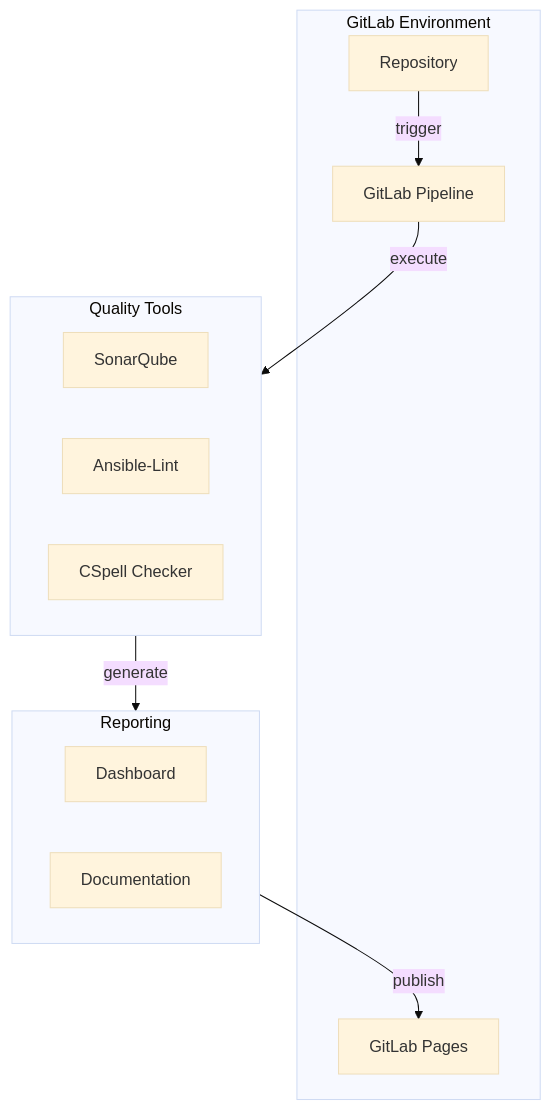
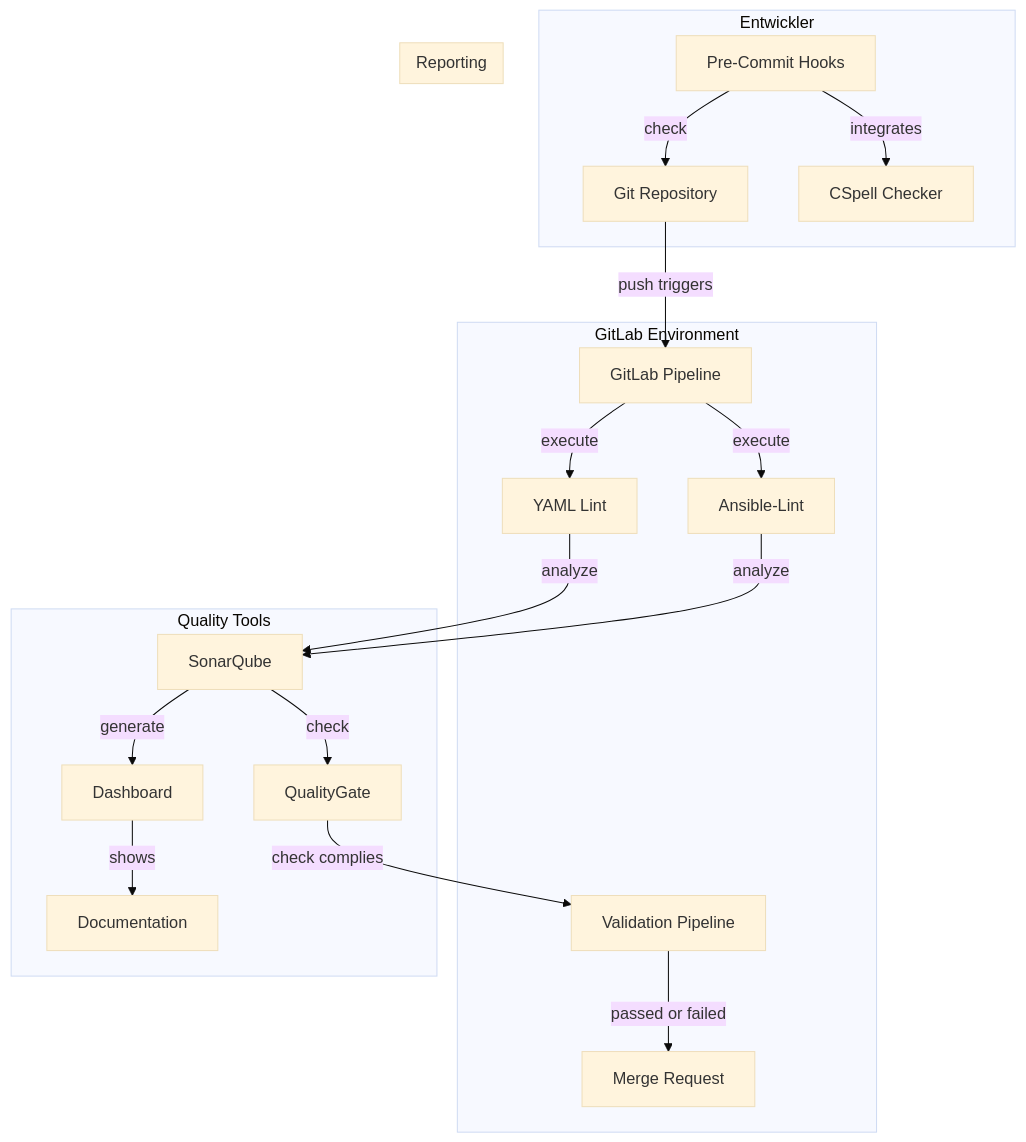
Before and after one commit to danyambuehl/ITCNE23-SEM-Illl: the diagram in docs/02_Planung/theoretischer_loesungsanstz.md, drawn with Mermaid (base theme). The commit also changed other lines of this file and 4 other files, not shown here.

Commit message:
Refactor documentation and dictionary; enhance DevOps principles and integration of pre-commit hooks for improved code quality

````diff
--- a/docs/02_Planung/theoretischer_loesungsanstz.md
+++ b/docs/02_Planung/theoretischer_loesungsanstz.md
@@ -57,25 +57,42 @@
 ```mermaid
 flowchart TB
+    subgraph "Entwickler"
+        Repository["Git Repository"]
+        pre-commit["Pre-Commit Hooks"]
+        CSpell["CSpell Checker"]
+    end
     direction TB
     subgraph GitLab["GitLab Environment"]
-        Repository
         Pipeline["GitLab Pipeline"]
-        Pages["GitLab Pages"]
+        YAML["YAML Lint"]
+        AnsibleLint["Ansible-Lint"]
+        Validation["Validation Pipeline"]
+        MergeRequest["Merge Request"]
     end
 
     subgraph QualityTools["Quality Tools"]
         SonarQube
-        AnsibleLint["Ansible-Lint"]
-        CSpell["CSpell Checker"]
+        Dashboard
+        QualityGate
+        Documentation
     end
 
     subgraph Reports["Reporting"]
         Dashboard
         Documentation
     end
 
-    Repository -->|trigger| Pipeline
-    Pipeline -->|execute| QualityTools
-    QualityTools -->|generate| Reports
-    Reports -->|publish| Pages
+    pre-commit -->|integrates| CSpell
+    pre-commit -->|check| Repository
+    Pipeline -->|execute| YAML
+    Pipeline -->|execute| AnsibleLint
+    YAML -->|analyze| SonarQube
+    AnsibleLint -->|analyze| SonarQube
+    SonarQube -->|generate| Dashboard
+    SonarQube -->|check| QualityGate
+    Dashboard -->|shows| Documentation
+    Repository -->|push triggers| Pipeline
+    QualityGate -->|check complies| Validation
+    Validation --> | passed or failed  | MergeRequest
+
 ```
````
